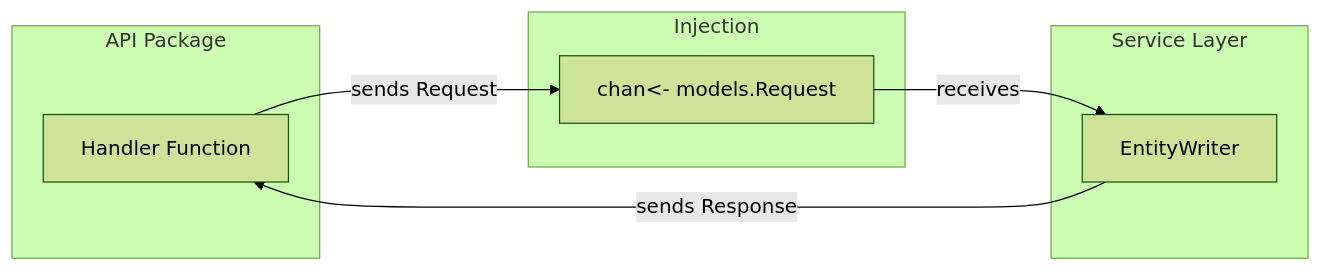
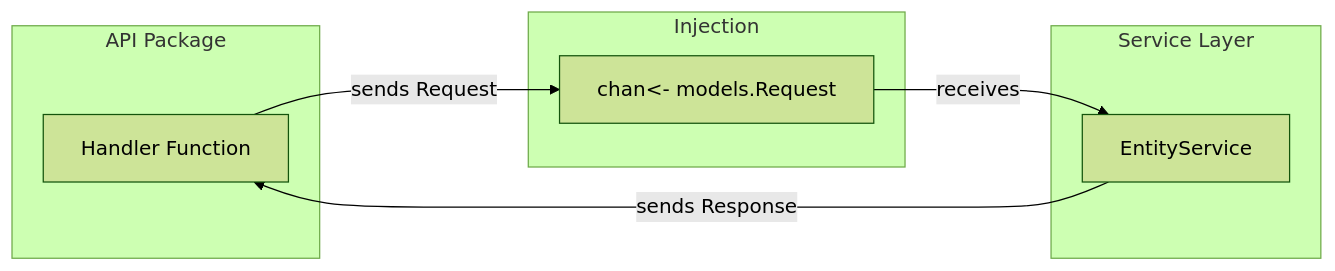
One commit to PremModhaOfficial/nms changed the seventh of 10 diagrams in ARCHITECTURE.md. Above: the diagram before and after it, drawn with Mermaid (forest theme). The commit also changed other lines of this file and 24 other files, not shown here.

````diff
--- a/ARCHITECTURE.md
+++ b/ARCHITECTURE.md
@@ -303,18 +306,18 @@
 ```mermaid
 graph LR
     subgraph "API Package"
         H[Handler Function]
     end
 
     subgraph "Injection"
         CH["chan<- models.Request"]
     end
 
     subgraph "Service Layer"
-        EW[EntityWriter]
+        ES[EntityService]
     end
 
     H -->|"sends Request"| CH
-    CH -->|"receives"| EW
-    EW -->|"sends Response"| H
+    CH -->|"receives"| ES
+    ES -->|"sends Response"| H
 ```
````
